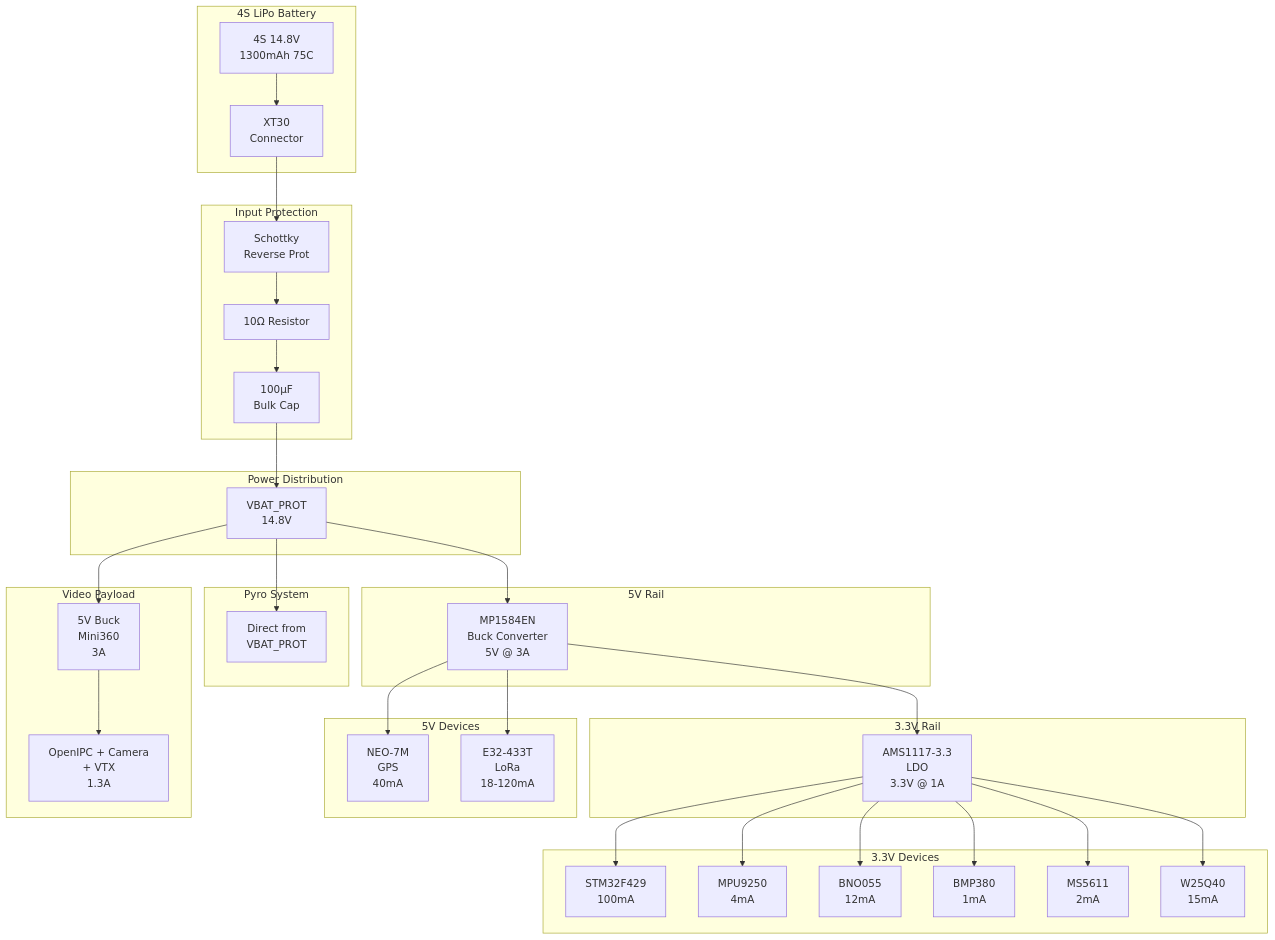
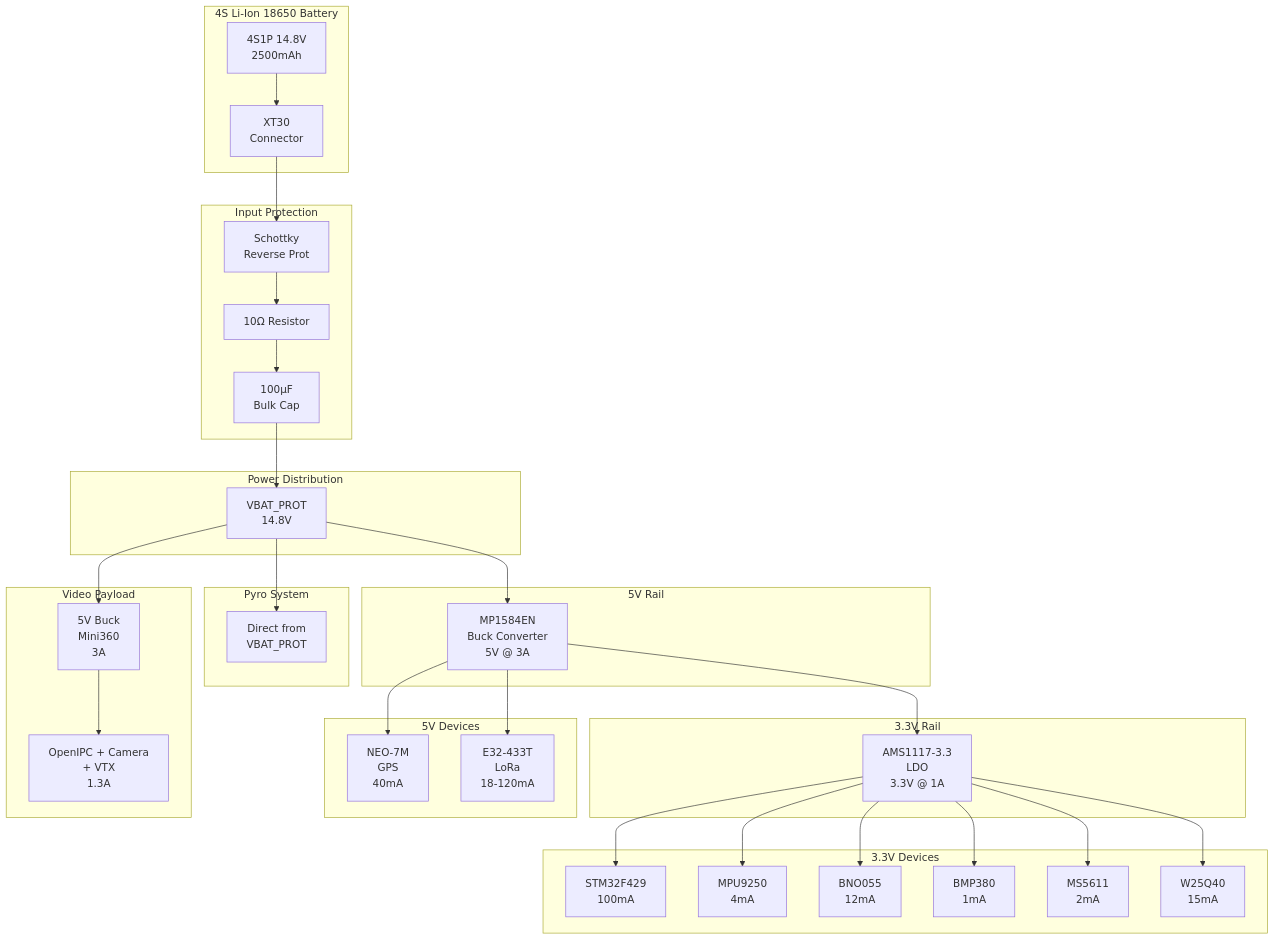
Before and after one commit to Bumply/ANKA-IREC-2026: the fifth of 12 diagrams in docs/power-system.md, drawn with Mermaid. The commit also changed other lines of this file and 4 other files, not shown here.

First line of the commit message:
Switch to Li-Ion 18650 battery (IREC compliant, cost-effective)

````diff
--- a/docs/power-system.md
+++ b/docs/power-system.md
@@ -196,71 +212,71 @@
 ```mermaid
 flowchart TB
-    subgraph BATT["4S LiPo Battery"]
-        CELL["4S 14.8V<br/>1300mAh 75C"]
+    subgraph BATT["4S Li-Ion 18650 Battery"]
+        CELL["4S1P 14.8V<br/>2500mAh"]
         XT30["XT30<br/>Connector"]
     end
 
     subgraph PROT["Input Protection"]
         DIODE["Schottky<br/>Reverse Prot"]
         FUSE["10Ω Resistor"]
         CAP["100µF<br/>Bulk Cap"]
     end
 
     subgraph DIST["Power Distribution"]
         VBAT["VBAT_PROT<br/>14.8V"]
     end
 
     subgraph REG5V["5V Rail"]
         BUCK["MP1584EN<br/>Buck Converter<br/>5V @ 3A"]
     end
 
     subgraph REG33V["3.3V Rail"]
         LDO["AMS1117-3.3<br/>LDO<br/>3.3V @ 1A"]
     end
 
     subgraph LOAD5V["5V Devices"]
         GPS["NEO-7M<br/>GPS<br/>40mA"]
         LORA["E32-433T<br/>LoRa<br/>18-120mA"]
     end
 
     subgraph LOAD33V["3.3V Devices"]
         MCU["STM32F429<br/>100mA"]
         IMU1["MPU9250<br/>4mA"]
         IMU2["BNO055<br/>12mA"]
         BARO1["BMP380<br/>1mA"]
         BARO2["MS5611<br/>2mA"]
         FLASH["W25Q40<br/>15mA"]
     end
 
     subgraph PYRO["Pyro System"]
         PYRO_PWR["Direct from<br/>VBAT_PROT"]
     end
 
     subgraph VIDEO["Video Payload"]
         VBUCK["5V Buck<br/>Mini360<br/>3A"]
         VID_LOAD["OpenIPC + Camera<br/>+ VTX<br/>1.3A"]
     end
 
     CELL --> XT30
     XT30 --> DIODE
     DIODE --> FUSE
     FUSE --> CAP
     CAP --> VBAT
 
     VBAT --> BUCK
     VBAT --> PYRO_PWR
     VBAT --> VBUCK
 
     BUCK --> LDO
     BUCK --> GPS
     BUCK --> LORA
 
     LDO --> MCU
     LDO --> IMU1
     LDO --> IMU2
     LDO --> BARO1
     LDO --> BARO2
     LDO --> FLASH
 
     VBUCK --> VID_LOAD
 ```
````
